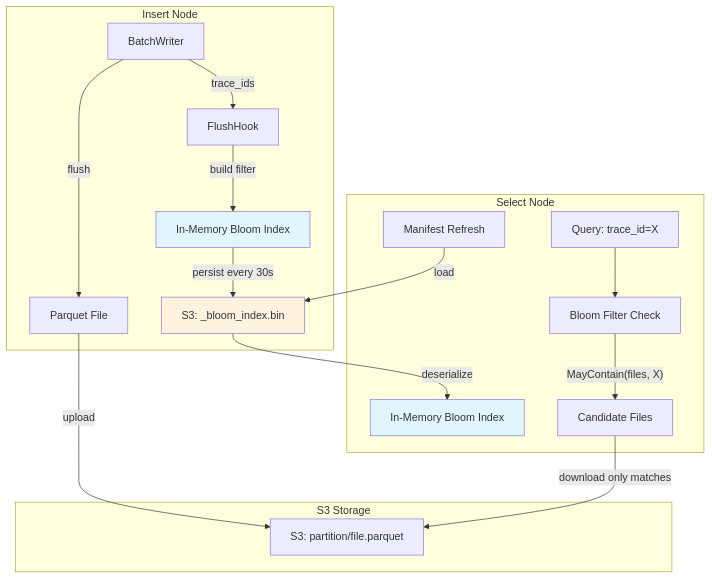
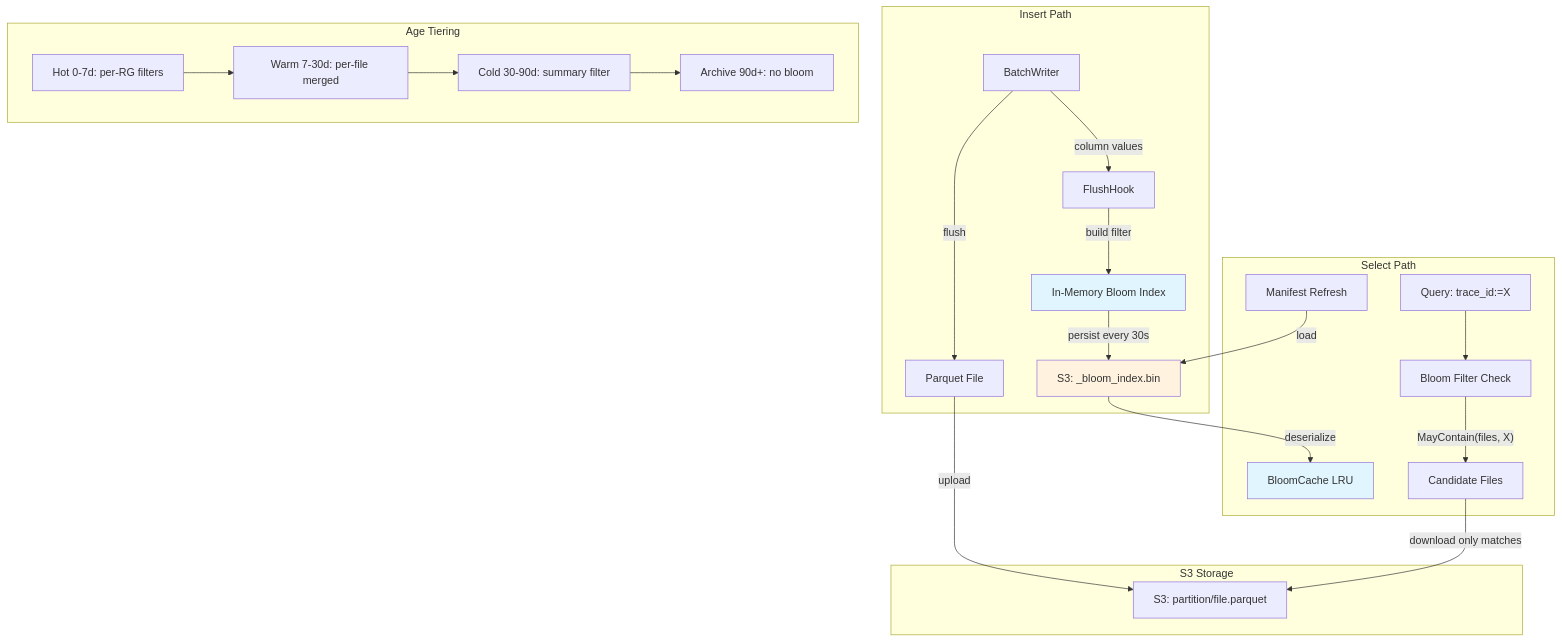
One commit to ReliablyObserve/victoria-lakehouse changed the first of 2 diagrams in docs/bloom-index.md. Above: the diagram before and after it, drawn with Mermaid. The commit also changed other lines of this file and 10 other files, not shown here.

First line of the commit message:
fix: CI lint/gofmt failures, E2E cache warm-up, docs update

````diff
--- a/docs/bloom-index.md
+++ b/docs/bloom-index.md
@@ -13,26 +15,34 @@
 ```mermaid
 flowchart TB
-    subgraph Insert Node
+    subgraph Insert Path
         W[BatchWriter] -->|flush| PQ[Parquet File]
-        W -->|trace_ids| BH[FlushHook]
+        W -->|column values| BH[FlushHook]
         BH -->|build filter| BI[In-Memory Bloom Index]
         BI -->|persist every 30s| S3B[S3: _bloom_index.bin]
     end
 
     subgraph S3 Storage
         PQ -->|upload| S3F[S3: partition/file.parquet]
         S3B
     end
 
-    subgraph Select Node
+    subgraph Select Path
         MR[Manifest Refresh] -->|load| S3B
-        S3B -->|deserialize| BI2[In-Memory Bloom Index]
-        Q[Query: trace_id=X] --> BF[Bloom Filter Check]
+        S3B -->|deserialize| BI2[BloomCache LRU]
+        Q["Query: trace_id:=X"] --> BF[Bloom Filter Check]
         BF -->|"MayContain(files, X)"| CF[Candidate Files]
         CF -->|download only matches| S3F
+    end
+
+    subgraph Age Tiering
+        HOT[Hot 0-7d: per-RG filters]
+        WARM[Warm 7-30d: per-file merged]
+        COLD[Cold 30-90d: summary filter]
+        ARCHIVE[Archive 90d+: no bloom]
+        HOT --> WARM --> COLD --> ARCHIVE
     end
 
     style BI fill:#e1f5fe
     style BI2 fill:#e1f5fe
     style S3B fill:#fff3e0
 ```
````
